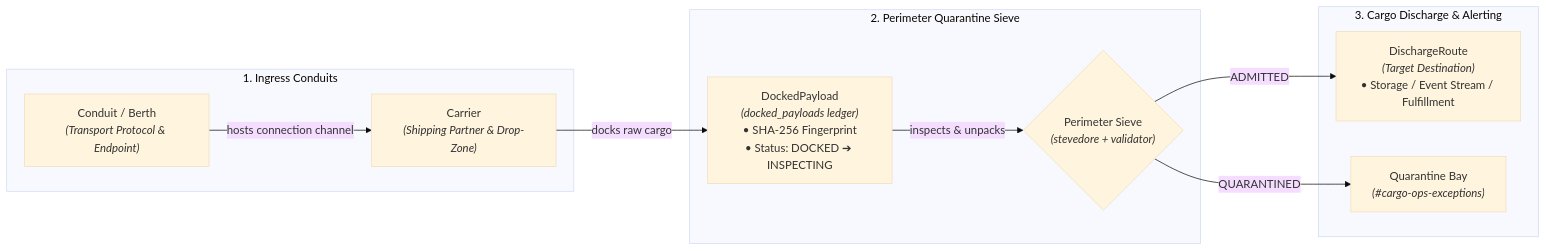
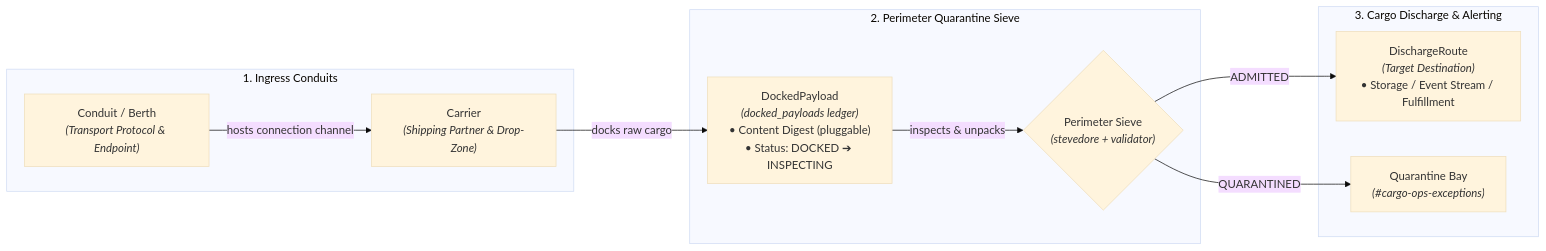
Before and after one commit to Works-by-Worrell/harbor-master: the first of 2 diagrams in docs/SPEC.md, drawn with Mermaid (base theme). The commit also changed other lines of this file and 1 other file, not shown here.

Commit message:
docs(spec): replace rigid sha256 with pluggable content_digest and codify streaming storage [vector]

````diff
--- a/docs/SPEC.md
+++ b/docs/SPEC.md
@@ -54,22 +54,22 @@
 ```mermaid
 flowchart LR
     subgraph Ingress["1. Ingress Conduits"]
         B["Conduit / Berth<br/><i>(Transport Protocol & Endpoint)</i>"]
         C["Carrier<br/><i>(Shipping Partner & Drop-Zone)</i>"]
         B -->|hosts connection channel| C
     end
 
     subgraph Perimeter["2. Perimeter Quarantine Sieve"]
-        DP["DockedPayload<br/><i>(docked_payloads ledger)</i><br/>• SHA-256 Fingerprint<br/>• Status: DOCKED ➔ INSPECTING"]
+        DP["DockedPayload<br/><i>(docked_payloads ledger)</i><br/>• Content Digest (pluggable)<br/>• Status: DOCKED ➔ INSPECTING"]
         Sieve{"Perimeter Sieve<br/><i>(stevedore + validator)</i>"}
         C -->|docks raw cargo| DP
         DP -->|inspects & unpacks| Sieve
     end
 
     subgraph Discharge["3. Cargo Discharge & Alerting"]
         DR["DischargeRoute<br/><i>(Target Destination)</i><br/>• Storage / Event Stream / Fulfillment"]
         QBay["Quarantine Bay<br/><i>(#cargo-ops-exceptions)</i>"]
         Sieve -->|ADMITTED| DR
         Sieve -->|QUARANTINED| QBay
     end
 ```
````
